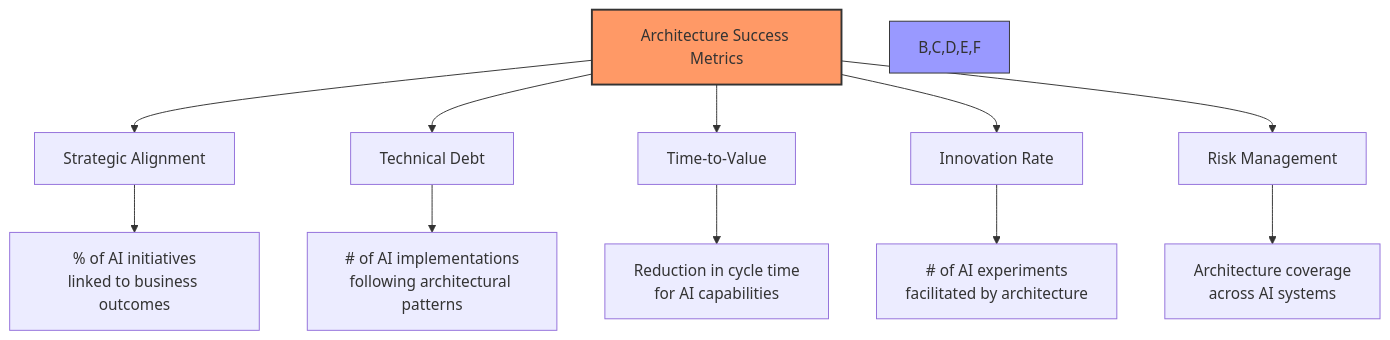
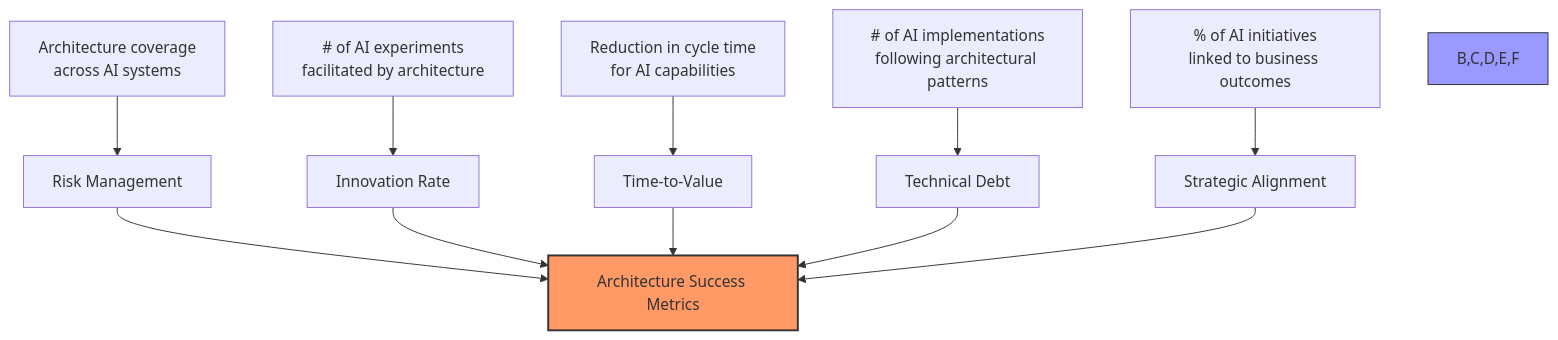
Before and after one commit to AliceNN-ucdenver/Iasa: the third of 6 diagrams in cio-may.md, drawn with Mermaid. The commit also changed other lines of this file, not shown here.

````diff
--- a/cio-may.md
+++ b/cio-may.md
@@ -87,17 +93,17 @@
 ```mermaid
 graph TD
-    A[Architecture Success Metrics] --> B[Strategic Alignment]
-    A --> C[Technical Debt]
-    A --> D[Time-to-Value]
-    A --> E[Innovation Rate]
-    A --> F[Risk Management]
+    F1["Architecture coverage<br>across AI systems"] --> F["Risk Management"]
+    E1["# of AI experiments<br>facilitated by architecture"] --> E["Innovation Rate"]
+    D1["Reduction in cycle time<br>for AI capabilities"] --> D["Time-to-Value"]
+    C1["# of AI implementations<br>following architectural patterns"] --> C["Technical Debt"]
+    B1["% of AI initiatives<br>linked to business outcomes"] --> B["Strategic Alignment"]
     
-    B --> B1[% of AI initiatives<br>linked to business outcomes]
-    C --> C1[# of AI implementations<br>following architectural patterns]
-    D --> D1[Reduction in cycle time<br>for AI capabilities]
-    E --> E1[# of AI experiments<br>facilitated by architecture]
-    F --> F1[Architecture coverage<br>across AI systems]
+    F --> A["Architecture Success Metrics"]
+    E --> A
+    D --> A
+    C --> A
+    B --> A
     
     style A fill:#f96,stroke:#333,stroke-width:2px
     style B,C,D,E,F fill:#99f,stroke:#333,stroke-width:1px
 ```
````
